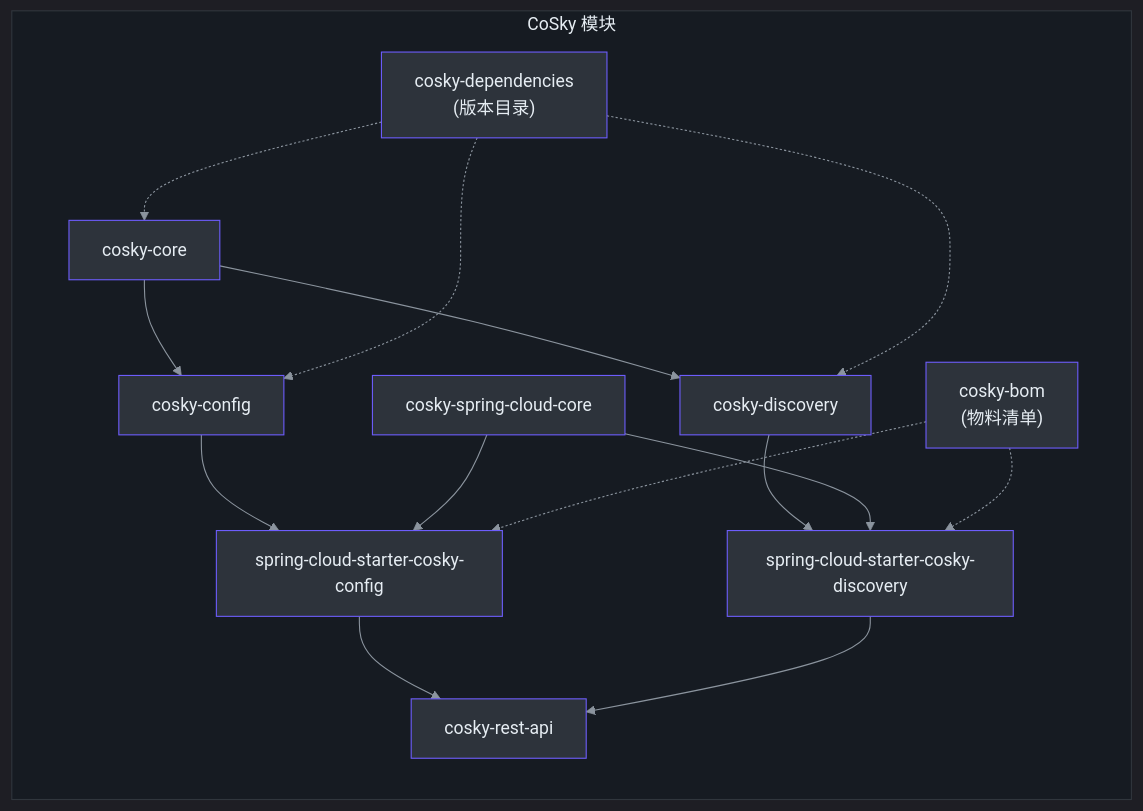
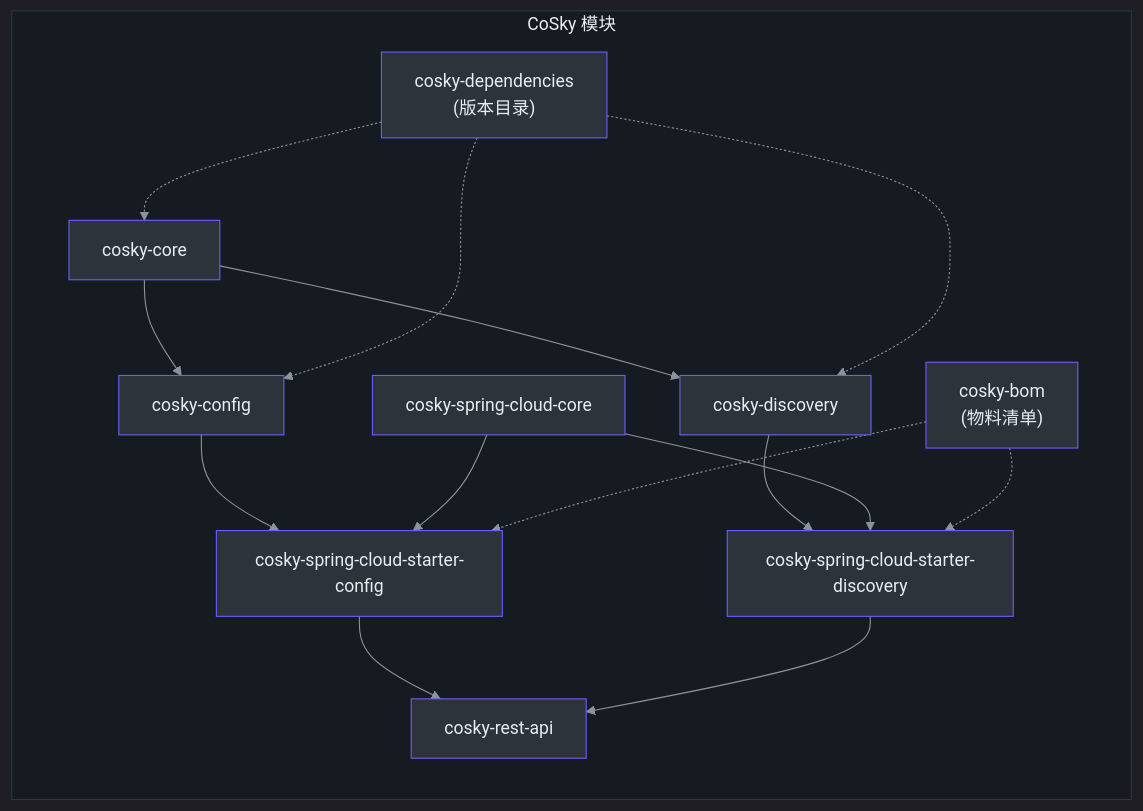
One commit to Ahoo-Wang/CoSky changed the second of 5 diagrams in wiki/zh/guide/index.md. Above: the diagram before and after it, drawn with Mermaid. The commit also changed other lines of this file and 36 other files, not shown here.

````diff
--- a/wiki/zh/guide/index.md
+++ b/wiki/zh/guide/index.md
@@ -75,30 +75,30 @@
 ```mermaid
 %%{init: {'theme':'dark', 'themeVariables': {'primaryColor':'#2d333b','primaryBorderColor':'#6d5dfc','primaryTextColor':'#e6edf3','lineColor':'#8b949e','secondaryColor':'#161b22','tertiaryColor':'#161b22'}}}%%
 graph LR
     subgraph Modules["CoSky 模块"]
         style Modules fill:#161b22,stroke:#30363d,color:#e6edf3
         CORE["cosky-core"] --> CONFIG["cosky-config"]
         CORE --> DISCOVERY["cosky-discovery"]
-        CONFIG --> SCC["spring-cloud-starter-cosky-config"]
-        DISCOVERY --> SCD["spring-cloud-starter-cosky-discovery"]
+        CONFIG --> SCC["cosky-spring-cloud-starter-config"]
+        DISCOVERY --> SCD["cosky-spring-cloud-starter-discovery"]
         SCC --> REST["cosky-rest-api"]
         SCD --> REST
         SC_CORE["cosky-spring-cloud-core"] --> SCC
         SC_CORE --> SCD
         BOM["cosky-bom<br>(物料清单)"] -.-> SCC
         BOM -.-> SCD
         DEPS["cosky-dependencies<br>(版本目录)"] -.-> CORE
         DEPS -.-> CONFIG
         DEPS -.-> DISCOVERY
     end
 
     style CORE fill:#2d333b,stroke:#6d5dfc,color:#e6edf3
     style CONFIG fill:#2d333b,stroke:#6d5dfc,color:#e6edf3
     style DISCOVERY fill:#2d333b,stroke:#6d5dfc,color:#e6edf3
     style SCC fill:#2d333b,stroke:#6d5dfc,color:#e6edf3
     style SCD fill:#2d333b,stroke:#6d5dfc,color:#e6edf3
     style REST fill:#2d333b,stroke:#6d5dfc,color:#e6edf3
     style SC_CORE fill:#2d333b,stroke:#6d5dfc,color:#e6edf3
     style BOM fill:#2d333b,stroke:#6d5dfc,color:#e6edf3
     style DEPS fill:#2d333b,stroke:#6d5dfc,color:#e6edf3
 ```
````
